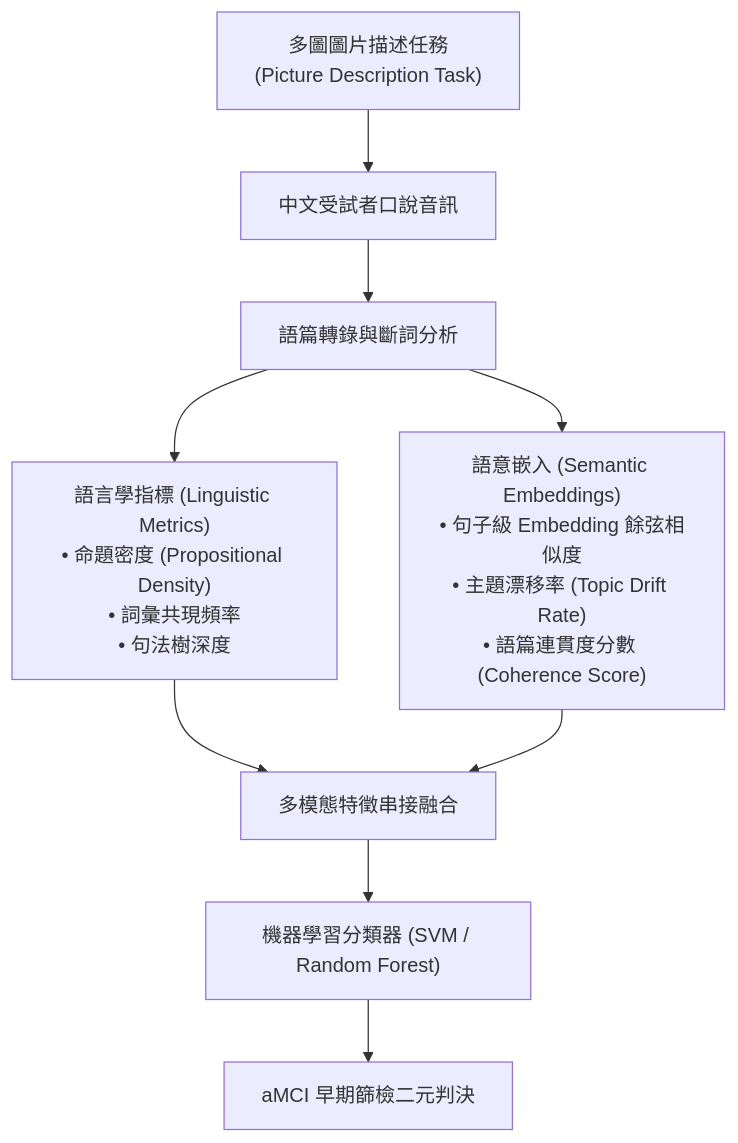
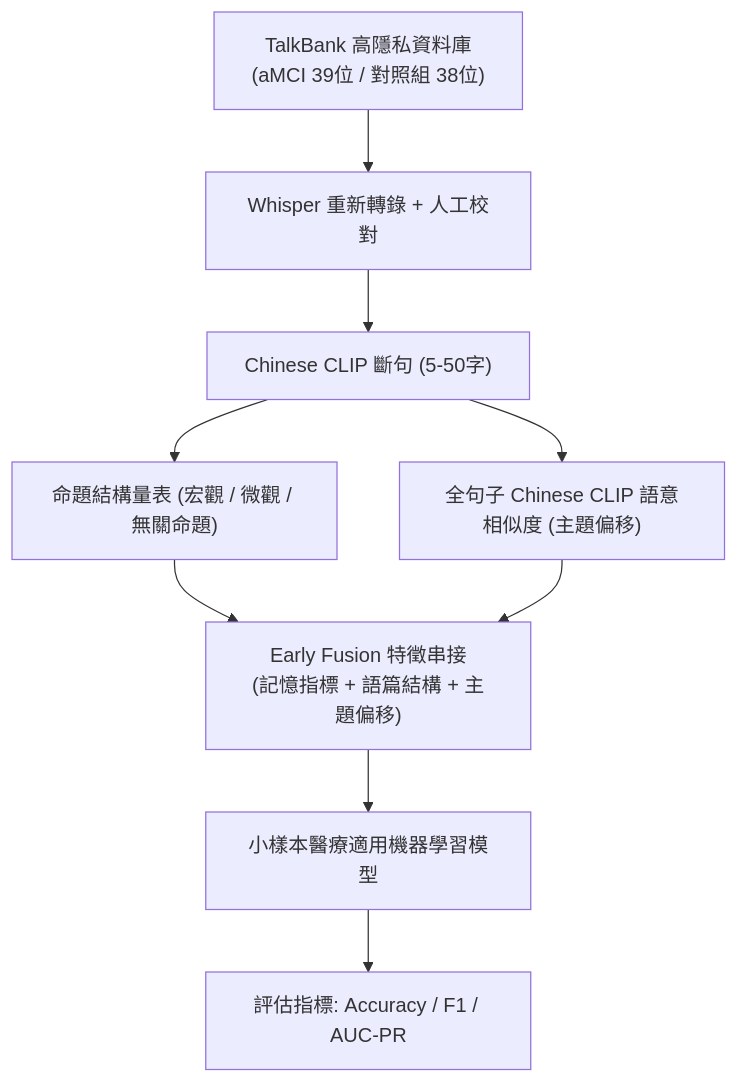
Before and after one commit to Youchenjiang/kb-records: the second of 4 diagrams in 5-Master/20260327-AcademicConference/SessionG-aMCI語篇研究-summary.md, drawn with Mermaid. The commit also changed other lines of this file and 1 other file, not shown here.

````diff
--- a/5-Master/20260327-AcademicConference/SessionG-aMCI語篇研究-summary.md
+++ b/5-Master/20260327-AcademicConference/SessionG-aMCI語篇研究-summary.md
@@ -35,11 +32,11 @@
 ```mermaid
 flowchart TD
-    Task["多圖圖片描述任務<br/>(Picture Description Task)"] --> Audio["中文受試者口說音訊"]
-    Audio --> Trans["語篇轉錄與斷詞分析"]
-    Trans --> Feat1["語言學指標 (Linguistic Metrics)<br/>• 命題密度 (Propositional Density)<br/>• 詞彙共現頻率<br/>• 句法樹深度"]
-    Trans --> Feat2["語意嵌入 (Semantic Embeddings)<br/>• 句子級 Embedding 餘弦相似度<br/>• 主題漂移率 (Topic Drift Rate)<br/>• 語篇連貫度分數 (Coherence Score)"]
-    Feat1 --> Concat["多模態特徵串接融合"]
-    Feat2 --> Concat
-    Concat --> Classifier["機器學習分類器 (SVM / Random Forest)"]
-    Classifier --> Result["aMCI 早期篩檢二元判決"]
+    TalkBank["TalkBank 高隱私資料庫<br/>(aMCI 39位 / 對照組 38位)"] --> Whisper["Whisper 重新轉錄 + 人工校對"]
+    Whisper --> Seg["Chinese CLIP 斷句 (5-50字)"]
+    Seg --> Macro["命題結構量表 (宏觀 / 微觀 / 無關命題)"]
+    Seg --> Drift["全句子 Chinese CLIP 語意相似度 (主題偏移)"]
+    Macro --> Fusion["Early Fusion 特徵串接<br/>(記憶指標 + 語篇結構 + 主題偏移)"]
+    Drift --> Fusion
+    Fusion --> ML["小樣本醫療適用機器學習模型"]
+    ML --> Eval["評估指標: Accuracy / F1 / AUC-PR"]
 ```
````
